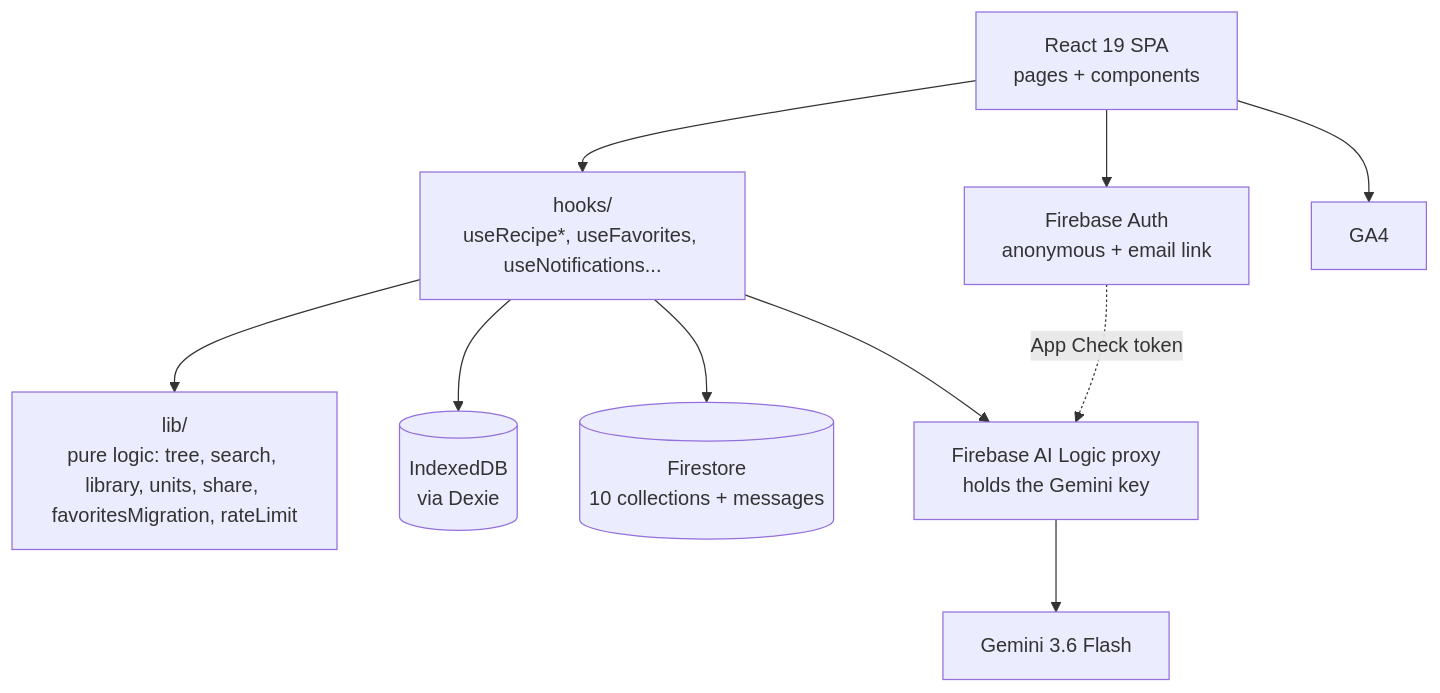
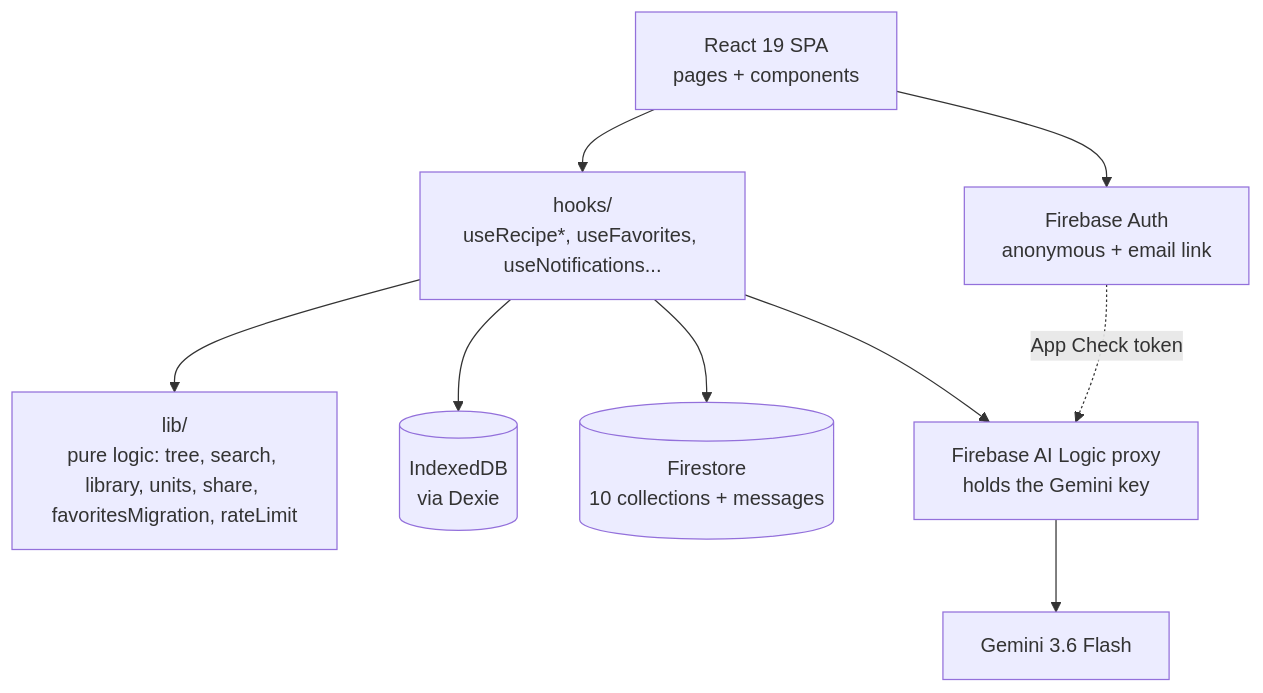
Before and after one commit to hpeppitt/recipe-app: the diagram in docs/architecture.md, drawn with Mermaid. The commit also changed 11 other files, not shown here.

````diff
--- a/docs/architecture.md
+++ b/docs/architecture.md
@@ -12,22 +12,20 @@
 ```mermaid
 flowchart TD
     UI[React 19 SPA<br/>pages + components]
     Hooks[hooks/<br/>useRecipe*, useFavorites, useNotifications...]
     Lib[lib/<br/>pure logic: tree, search, library, units, share, favoritesMigration, rateLimit]
     Dexie[(IndexedDB<br/>via Dexie)]
     FS[(Firestore<br/>10 collections + messages)]
     Auth[Firebase Auth<br/>anonymous + email link]
     AILogic[Firebase AI Logic proxy<br/>holds the Gemini key]
     Gemini[Gemini 3.6 Flash]
-    GA[GA4]
 
     UI --> Hooks
     Hooks --> Lib
     Hooks --> Dexie
     Hooks --> FS
     Hooks --> AILogic
     UI --> Auth
     AILogic --> Gemini
-    UI --> GA
     Auth -. App Check token .-> AILogic
 ```
````
